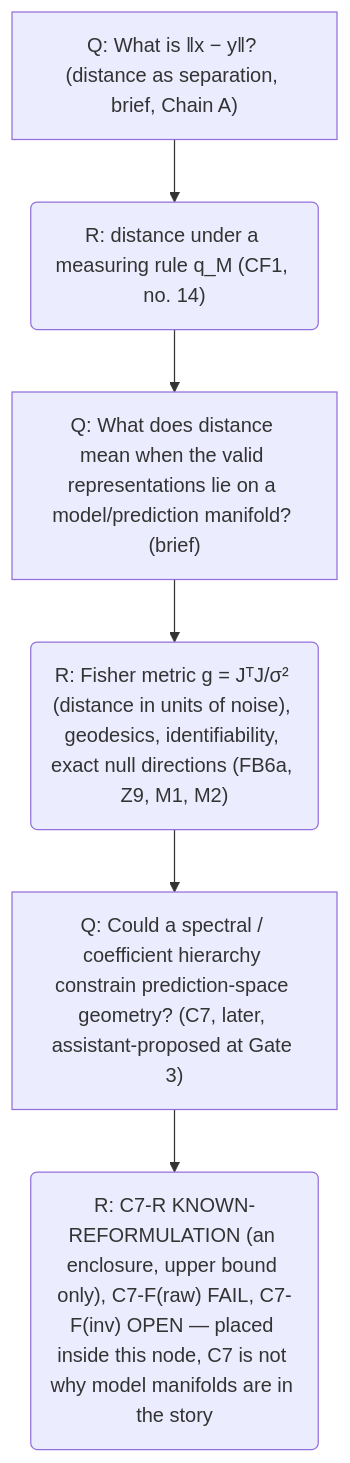
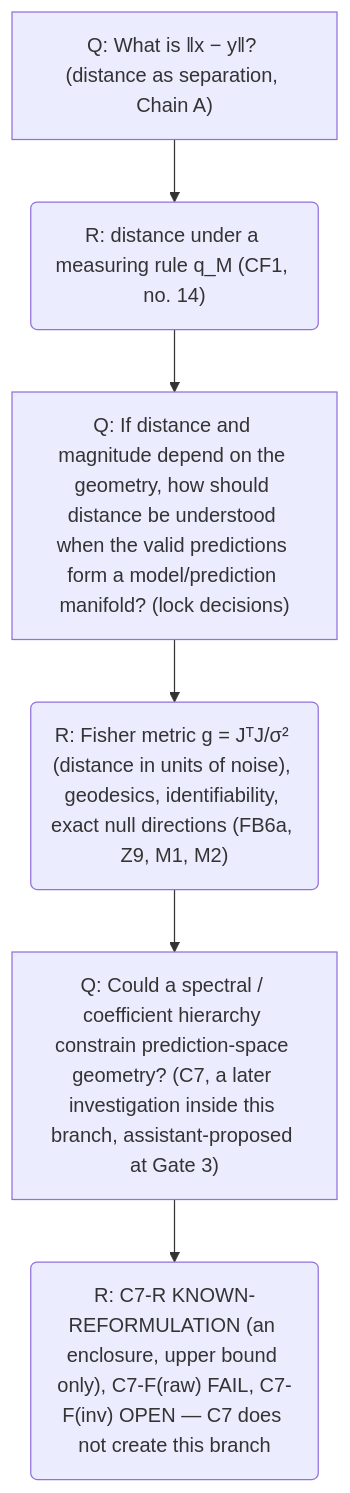
Before and after one commit to nadiapriyam/ENERGEO: the seventh of 11 diagrams in research/canonical_story.md, drawn with Mermaid. The commit also changed other lines of this file and 18 other files, not shown here.

First line of the commit message:
Act VIII final lock: story and mathematics aligned

````diff
--- a/research/canonical_story.md
+++ b/research/canonical_story.md
@@ -246,14 +315,14 @@
 ```mermaid
 flowchart TD
-  IG0["Q: What is ‖x − y‖? (distance as separation, brief, Chain A)"]
+  IG0["Q: What is ‖x − y‖? (distance as separation, Chain A)"]
   IG1("R: distance under a measuring rule q_M (CF1, no. 14)")
   IG0 --> IG1
-  IG2["Q: What does distance mean when the valid representations lie on a model/prediction manifold? (brief)"]
+  IG2["Q: If distance and magnitude depend on the geometry, how should distance be understood when the valid predictions form a model/prediction manifold? (lock decisions)"]
   IG1 --> IG2
   IG3("R: Fisher metric g = JᵀJ/σ² (distance in units of noise), geodesics, identifiability, exact null directions (FB6a, Z9, M1, M2)")
   IG2 --> IG3
-  IG4["Q: Could a spectral / coefficient hierarchy constrain prediction-space geometry? (C7, later, assistant-proposed at Gate 3)"]
+  IG4["Q: Could a spectral / coefficient hierarchy constrain prediction-space geometry? (C7, a later investigation inside this branch, assistant-proposed at Gate 3)"]
   IG3 --> IG4
-  IG5("R: C7-R KNOWN-REFORMULATION (an enclosure, upper bound only), C7-F(raw) FAIL, C7-F(inv) OPEN — placed inside this node, C7 is not why model manifolds are in the story")
+  IG5("R: C7-R KNOWN-REFORMULATION (an enclosure, upper bound only), C7-F(raw) FAIL, C7-F(inv) OPEN — C7 does not create this branch")
   IG4 --> IG5
 ```
````
